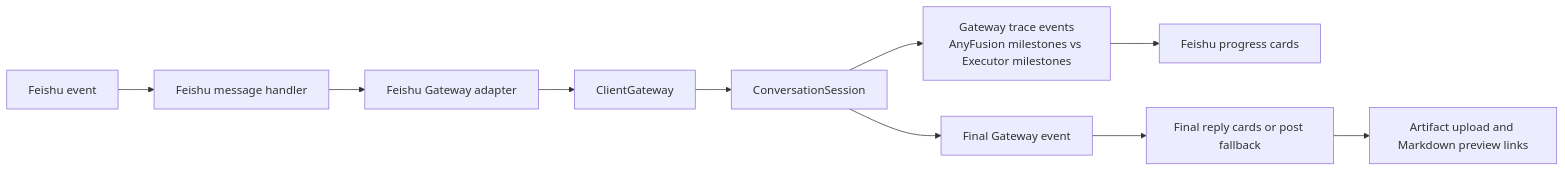
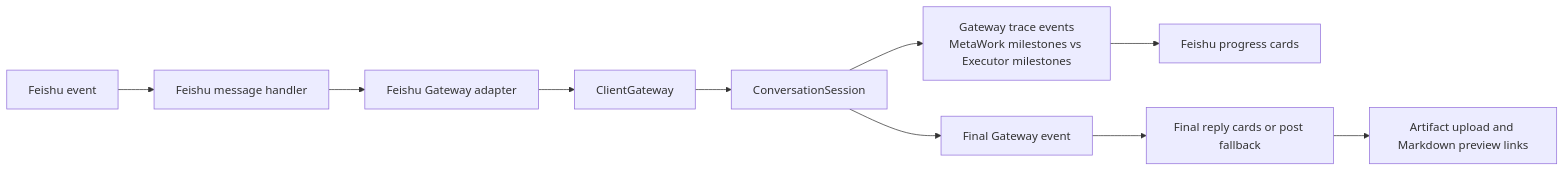
The fourth of 4 diagrams in docs/current/technical-overview.md (IFOSR/metawork), drawn with Mermaid before and after one commit. The commit also changed other lines of this file and 31 other files, not shown here.

Commit message:
docs: present MetaWork as the canonical product

````diff
--- a/docs/current/technical-overview.md
+++ b/docs/current/technical-overview.md
@@ -216,12 +221,12 @@
 ```mermaid
 flowchart LR
   Feishu[Feishu event] --> Handler[Feishu message handler]
   Handler --> Adapter[Feishu Gateway adapter]
   Adapter --> Gateway[ClientGateway]
   Gateway --> Conversation[ConversationSession]
-  Conversation --> Progress[Gateway trace events<br/>AnyFusion milestones vs Executor milestones]
+  Conversation --> Progress[Gateway trace events<br/>MetaWork milestones vs Executor milestones]
   Progress --> Cards[Feishu progress cards]
   Conversation --> Final[Final Gateway event]
   Final --> Reply[Final reply cards or post fallback]
   Reply --> Files[Artifact upload and Markdown preview links]
 ```
````
